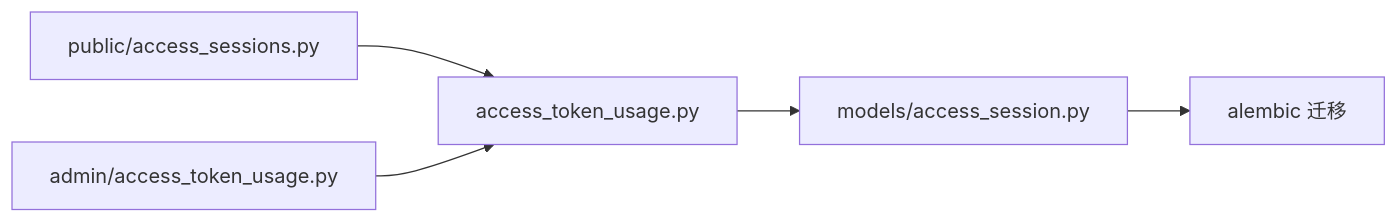
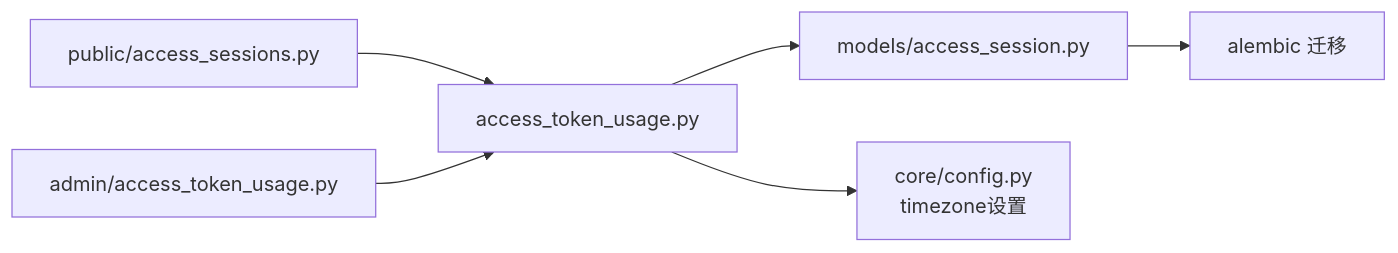
Before and after one commit to leo21cn/ai-learning-hub: the seventh of 7 diagrams in .qoder/repowiki/zh/content/后端开发指南/API接口开发/公开接口/访问会话接口.md, drawn with Mermaid. The commit also changed other lines of this file and 47 other files, not shown here.

````diff
--- a/.qoder/repowiki/zh/content/后端开发指南/API接口开发/公开接口/访问会话接口.md
+++ b/.qoder/repowiki/zh/content/后端开发指南/API接口开发/公开接口/访问会话接口.md
@@ -317,7 +379,8 @@
 ```mermaid
 graph LR
 PublicAPI["public/access_sessions.py"] --> Service["access_token_usage.py"]
 AdminAPI["admin/access_token_usage.py"] --> Service
 Service --> Model["models/access_session.py"]
+Service --> Config["core/config.py<br/>timezone设置"]
 Model --> Migration["alembic 迁移"]
 ```
````
